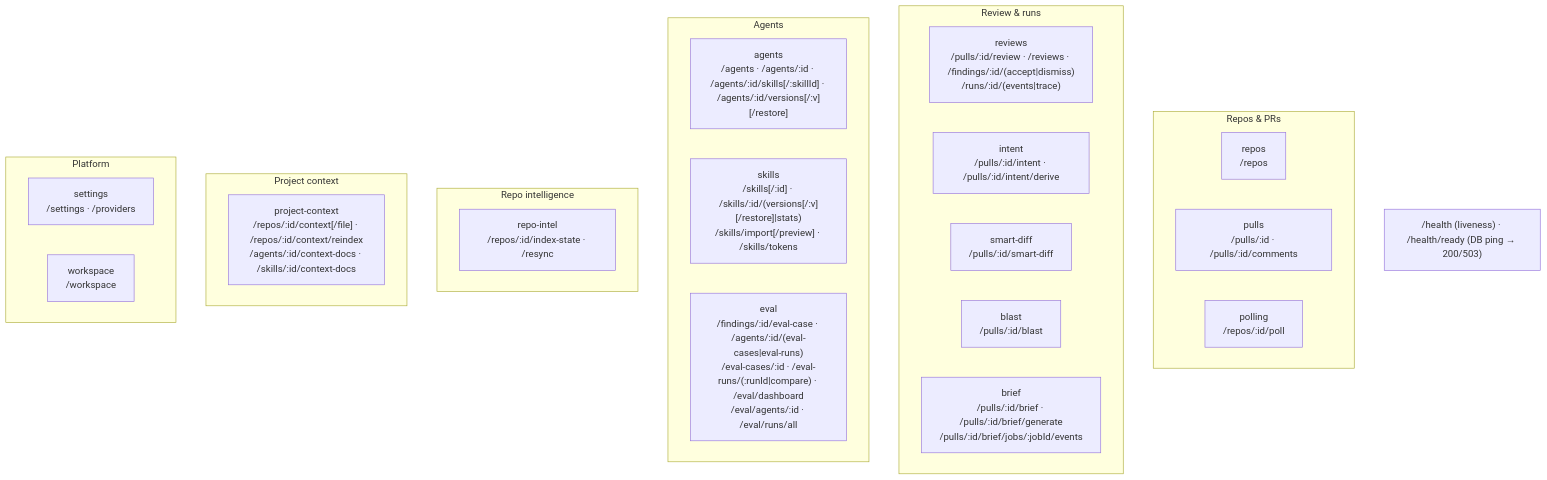
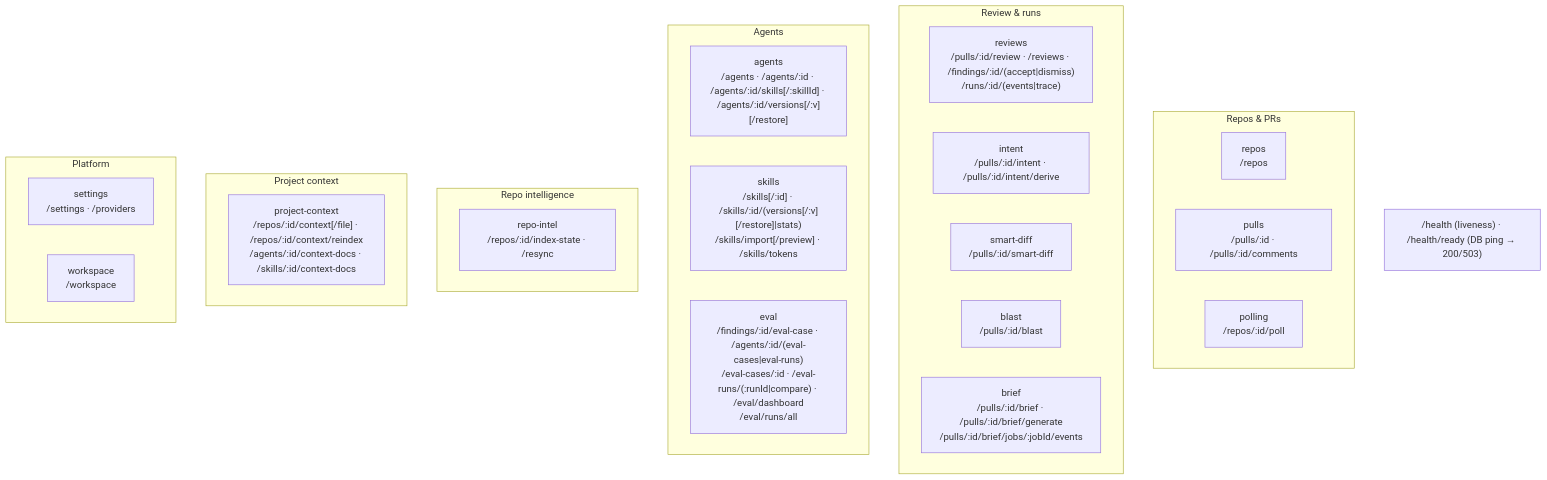
One commit to shofulk/dev-digest changed the second of 2 diagrams in server/README.md. Above: the diagram before and after it, drawn with Mermaid.

Commit message:
docs(server): drop the client-only /eval/agents/:id from the eval route map

````diff
--- a/server/README.md
+++ b/server/README.md
@@ -64,31 +64,31 @@
 ```mermaid
 flowchart TB
   subgraph Repos_PRs["Repos & PRs"]
     repos["repos<br/>/repos"]
     pulls["pulls<br/>/pulls/:id · /pulls/:id/comments"]
     polling["polling<br/>/repos/:id/poll"]
   end
   subgraph Review["Review & runs"]
     reviews["reviews<br/>/pulls/:id/review · /reviews · /findings/:id/(accept|dismiss)<br/>/runs/:id/(events|trace)"]
     intent["intent<br/>/pulls/:id/intent · /pulls/:id/intent/derive"]
     smartDiff["smart-diff<br/>/pulls/:id/smart-diff"]
     blast["blast<br/>/pulls/:id/blast"]
     brief["brief<br/>/pulls/:id/brief · /pulls/:id/brief/generate<br/>/pulls/:id/brief/jobs/:jobId/events"]
   end
   subgraph Agents["Agents"]
     agents["agents<br/>/agents · /agents/:id · /agents/:id/skills[/:skillId] · /agents/:id/versions[/:v][/restore]"]
     skills["skills<br/>/skills[/:id] · /skills/:id/(versions[/:v][/restore]|stats)<br/>/skills/import[/preview] · /skills/tokens"]
-    evals["eval<br/>/findings/:id/eval-case · /agents/:id/(eval-cases|eval-runs)<br/>/eval-cases/:id · /eval-runs/(:runId|compare) · /eval/dashboard<br/>/eval/agents/:id · /eval/runs/all"]
+    evals["eval<br/>/findings/:id/eval-case · /agents/:id/(eval-cases|eval-runs)<br/>/eval-cases/:id · /eval-runs/(:runId|compare) · /eval/dashboard<br/>/eval/runs/all"]
   end
   subgraph Intel["Repo intelligence"]
     repoIntel["repo-intel<br/>/repos/:id/index-state · /resync"]
   end
   subgraph ProjectContext["Project context"]
     projectContext["project-context<br/>/repos/:id/context[/file] · /repos/:id/context/reindex<br/>/agents/:id/context-docs · /skills/:id/context-docs"]
   end
   subgraph Platform["Platform"]
     settings["settings<br/>/settings · /providers"]
     workspace["workspace<br/>/workspace"]
   end
   HEALTH["/health (liveness) · /health/ready (DB ping → 200/503)"]
 ```
````
